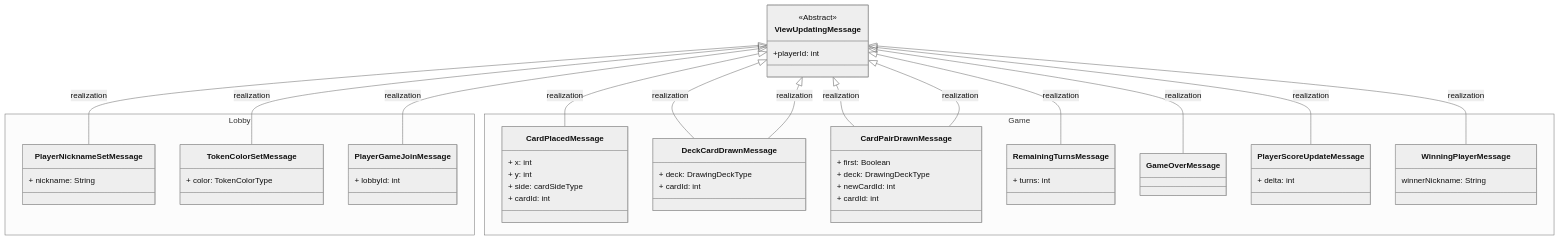
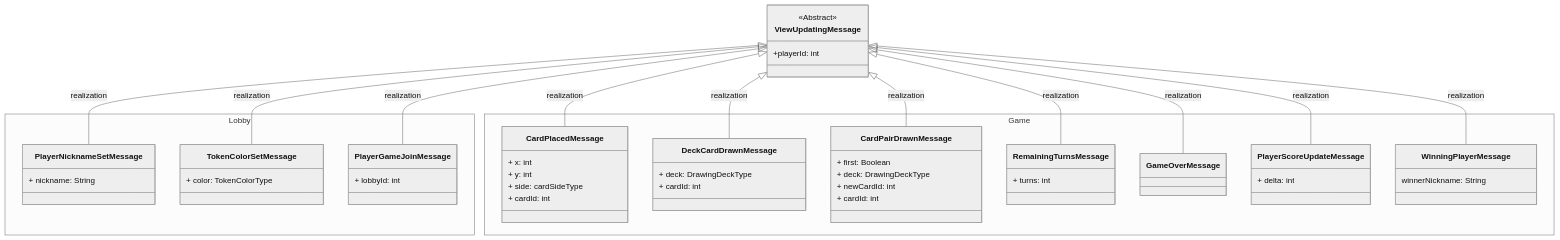
The fifth of 6 diagrams in documentation_wip/messages.md (frephs/IS24-AM21), drawn with Mermaid (neutral theme) before and after one commit.

Commit message:
fix: remove duplicate arrows

````diff
--- a/documentation_wip/messages.md
+++ b/documentation_wip/messages.md
@@ -221,79 +221,78 @@
 ```mermaid
 classDiagram
     class ViewUpdatingMessage{
         <<Abstract>>
         +playerId: int
     }
 
      namespace Lobby {
         class PlayerNicknameSetMessage {
             + nickname: String
         }
 
         class TokenColorSetMessage {
             + color: TokenColorType
         }
 
         class PlayerGameJoinMessage{
             + lobbyId: int
         }
     }
     ViewUpdatingMessage <|-- PlayerNicknameSetMessage  : realization
     ViewUpdatingMessage <|-- TokenColorSetMessage  : realization
     ViewUpdatingMessage <|-- PlayerGameJoinMessage  : realization
 
 
     namespace Game{
         class CardPlacedMessage{
             + x: int
             + y: int
             + side: cardSideType
             + cardId: int
         }
 
         class DeckCardDrawnMessage{
             + deck: DrawingDeckType
         }
 
         class CardPairDrawnMessage{
             + first: Boolean
             + deck: DrawingDeckType
             + newCardId: int
         }
 
         class RemainingTurnsMessage {
             + turns: int
         }
 
         class GameOverMessage {
         
         }
 
         class PlayerScoreUpdateMessage {
             + delta: int
         }
 
         class WinningPlayerMessage {
             winnerNickname: String
         }
 
         class DeckCardDrawnMessage{
             + cardId: int
         }
         class CardPairDrawnMessage{
             + cardId: int
         }
 
     }
     
     ViewUpdatingMessage <|-- CardPlacedMessage  : realization
     ViewUpdatingMessage <|-- DeckCardDrawnMessage  : realization
     ViewUpdatingMessage <|-- CardPairDrawnMessage  : realization
     ViewUpdatingMessage <|-- RemainingTurnsMessage  : realization
     ViewUpdatingMessage <|-- GameOverMessage  : realization
     ViewUpdatingMessage <|-- PlayerScoreUpdateMessage  : realization
     ViewUpdatingMessage <|-- WinningPlayerMessage  : realization
-    ViewUpdatingMessage <|-- DeckCardDrawnMessage  : realization
-    ViewUpdatingMessage <|-- CardPairDrawnMessage  : realization
+
     
 ```
````
